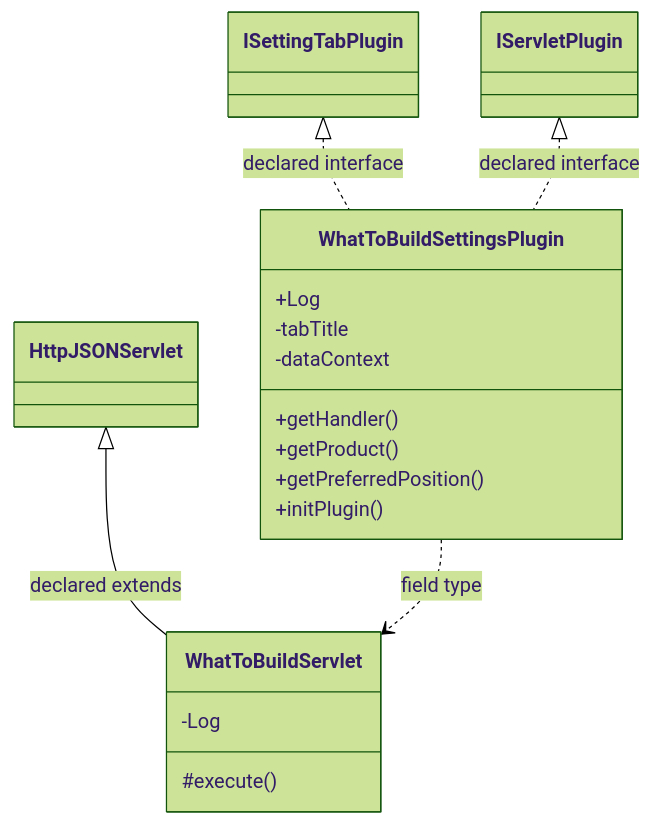
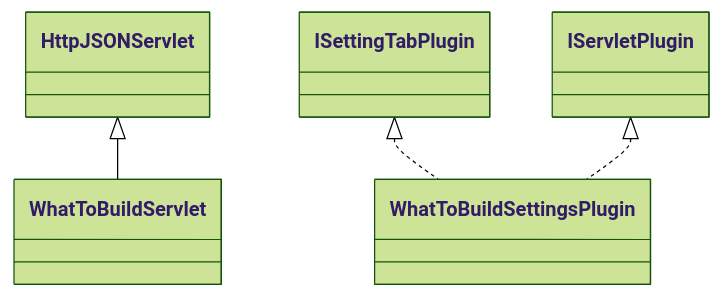
Before and after one commit to haruperi/HaruQuantAI: the diagram in docs/sqx/Shared/SettingsWhatToBuild.md, drawn with Mermaid (forest theme). The commit also changed other lines of this file and 1688 other files, not shown here.

````diff
--- a/docs/sqx/Shared/SettingsWhatToBuild.md
+++ b/docs/sqx/Shared/SettingsWhatToBuild.md
@@ -30,23 +26,11 @@
 ```mermaid
 classDiagram
-    class C51f8a327f051["WhatToBuildServlet"] {
-        -Log
-        #execute()
-    }
-    class C11fd67ae3efc["WhatToBuildSettingsPlugin"] {
-        +Log
-        -tabTitle
-        -dataContext
-        +getHandler()
-        +getProduct()
-        +getPreferredPosition()
-        +initPlugin()
-    }
-    class C249b5c671b1a["IServletPlugin"]
-    class C27734eb41505["ISettingTabPlugin"]
-    class C8900f90ae594["HttpJSONServlet"]
-    C8900f90ae594 <|-- C51f8a327f051 : declared extends
-    C27734eb41505 <|.. C11fd67ae3efc : declared interface
-    C249b5c671b1a <|.. C11fd67ae3efc : declared interface
-    C11fd67ae3efc ..> C51f8a327f051 : field type
+    class C0["WhatToBuildServlet"]
+    class C1["WhatToBuildSettingsPlugin"]
+    class E0["HttpJSONServlet"]
+    E0 <|-- C0
+    class E1["ISettingTabPlugin"]
+    E1 <|.. C1
+    class E2["IServletPlugin"]
+    E2 <|.. C1
 ```
````
